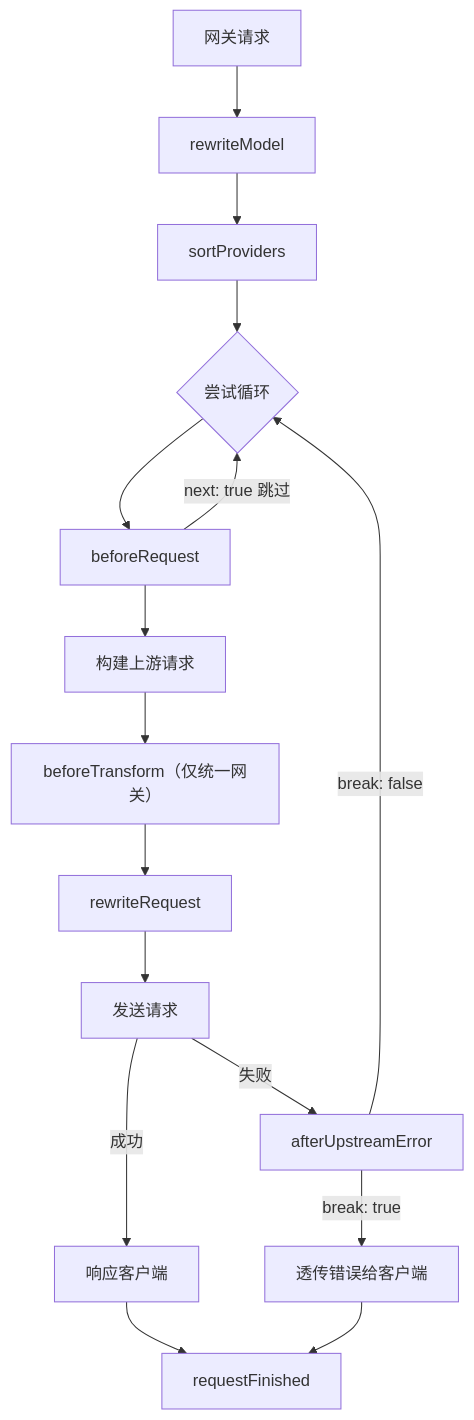
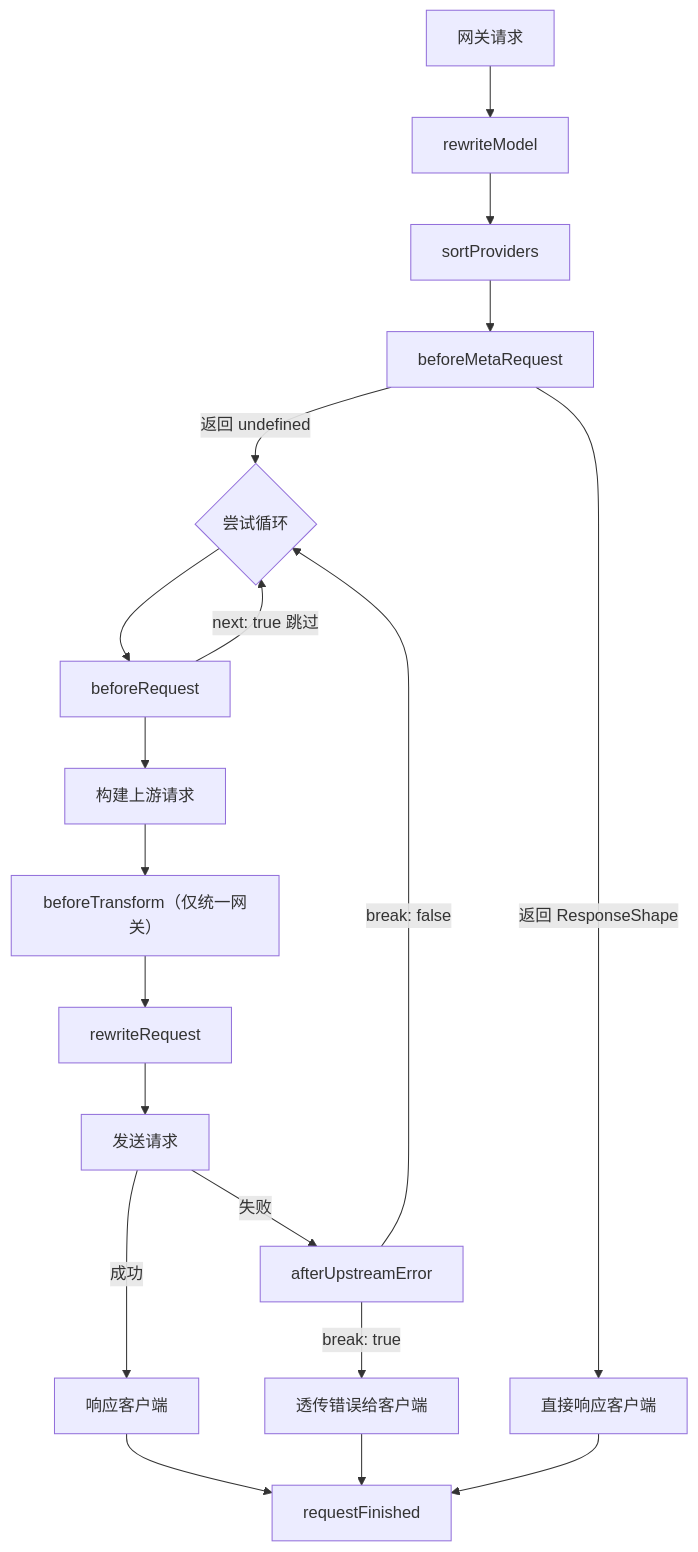
The diagram in docs/scripting.md (oott123/picotera), drawn with Mermaid before and after one commit. The commit also changed other lines of this file and 13 other files, not shown here.

Commit message:
feat: beforeMetaRequest

````diff
--- a/docs/scripting.md
+++ b/docs/scripting.md
@@ -37,18 +38,21 @@
 ```mermaid
 flowchart TD
     A[网关请求] --> B[rewriteModel]
     B --> C[sortProviders]
-    C --> D{尝试循环}
+    C --> N[beforeMetaRequest]
+    N -->|"返回 ResponseShape"| O[直接响应客户端]
+    N -->|"返回 undefined"| D{尝试循环}
     D --> E[beforeRequest]
     E -->|next: true 跳过| D
     E --> F[构建上游请求]
     F --> G["beforeTransform（仅统一网关）"]
     G --> H[rewriteRequest]
     H --> I[发送请求]
     I -->|成功| J[响应客户端]
     I -->|失败| K[afterUpstreamError]
     K -->|"break: true"| L[透传错误给客户端]
     K -->|"break: false"| D
     J --> M[requestFinished]
     L --> M
+    O --> M
 ```
````
